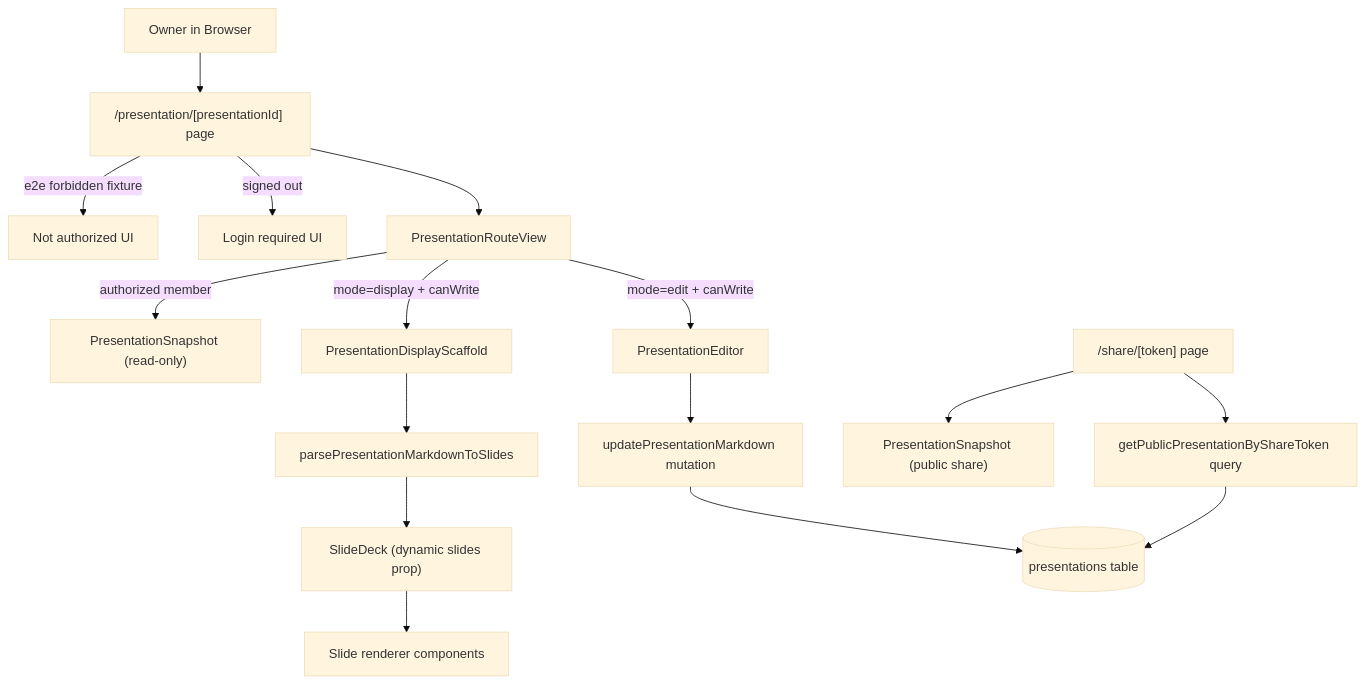
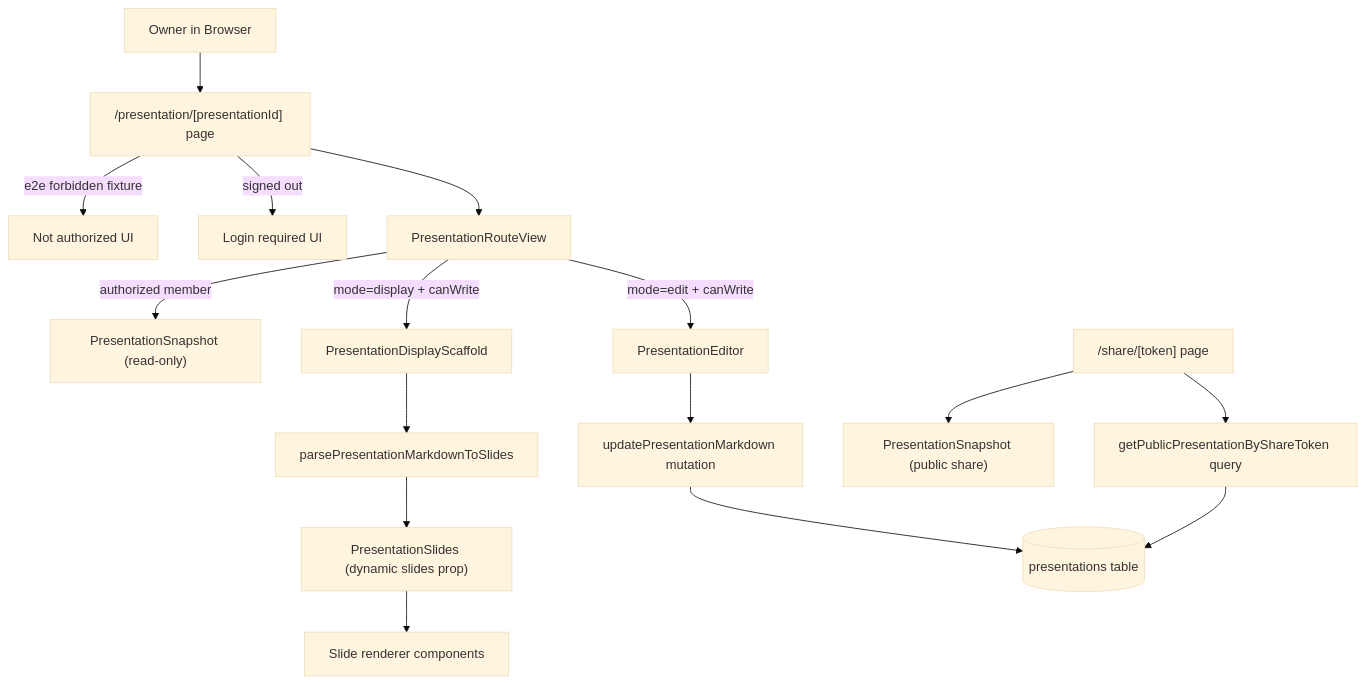
Before and after one commit to Colo-Codes/present.fast: the first of 2 diagrams in docs/features/PF-31-display-a-presentation-saved-by-the-user.md, drawn with Mermaid (base theme). The commit also changed other lines of this file and 10 other files, not shown here.

Commit message:
chore(terminology): PF-30 normalize deck wording to presentation

````diff
--- a/docs/features/PF-31-display-a-presentation-saved-by-the-user.md
+++ b/docs/features/PF-31-display-a-presentation-saved-by-the-user.md
@@ -13,21 +13,21 @@
 ```mermaid
 graph TB
   U[Owner in Browser] --> P["/presentation/[presentationId] page"]
   P --> R["PresentationRouteView"]
   R -->|mode=edit + canWrite| E["PresentationEditor"]
   R -->|mode=display + canWrite| D["PresentationDisplayScaffold"]
   R -->|authorized member| S["PresentationSnapshot (read-only)"]
   P -->|signed out| L["Login required UI"]
   P -->|e2e forbidden fixture| F["Not authorized UI"]
 
   E --> M["updatePresentationMarkdown mutation"]
   M --> DB[(presentations table)]
 
   D --> X["parsePresentationMarkdownToSlides"]
-  X --> K["SlideDeck (dynamic slides prop)"]
+  X --> K["PresentationSlides (dynamic slides prop)"]
   K --> C["Slide renderer components"]
 
   SH["/share/[token] page"] --> Q["getPublicPresentationByShareToken query"]
   Q --> DB
   SH --> SS["PresentationSnapshot (public share)"]
 ```
````
